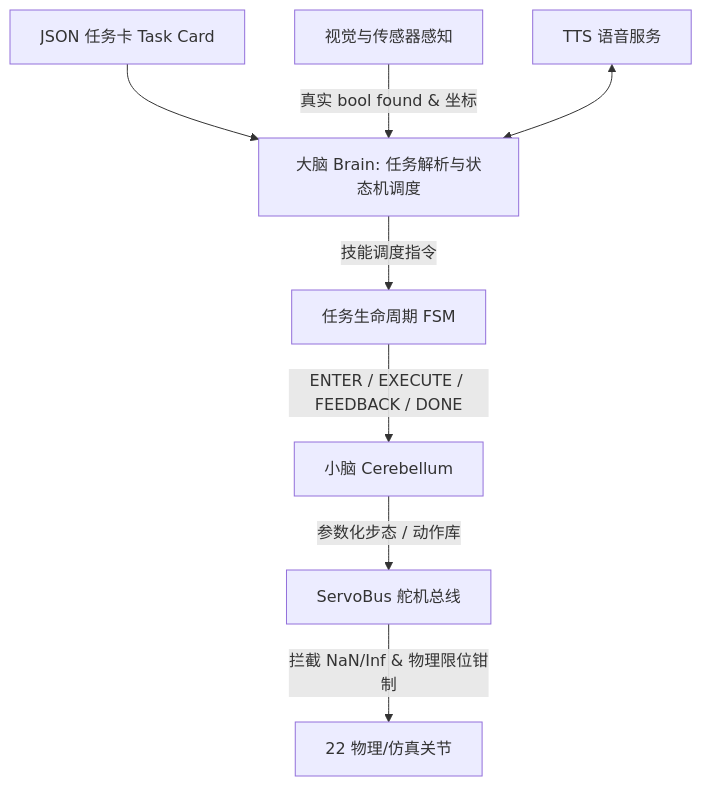
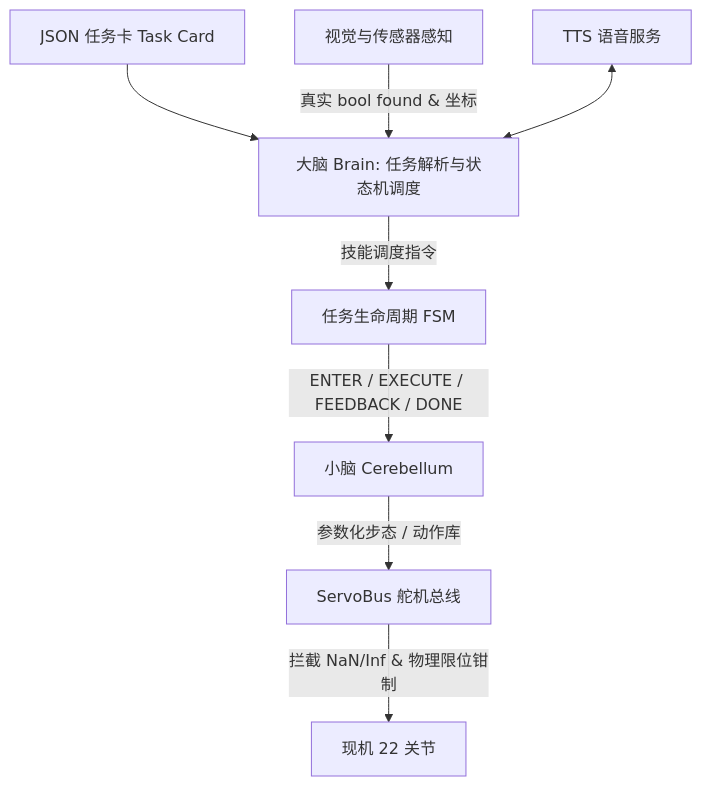
One commit to HPIline/ATRI changed the diagram in README.md. Above: the diagram before and after it, drawn with Mermaid. The commit also changed other lines of this file, not shown here.

````diff
--- a/README.md
+++ b/README.md
@@ -138,10 +210,10 @@
 ```mermaid
 graph TD
     TC[JSON 任务卡 Task Card] --> Brain[大脑 Brain: 任务解析与状态机调度]
     Perception[视觉与传感器感知] -->|真实 bool found & 坐标| Brain
     Voice[TTS 语音服务] <--> Brain
     Brain -->|技能调度指令| FSM[任务生命周期 FSM]
     FSM -->|ENTER / EXECUTE / FEEDBACK / DONE| Cerebellum[小脑 Cerebellum]
     Cerebellum -->|参数化步态 / 动作库| Bus[ServoBus 舵机总线]
-    Bus -->|拦截 NaN/Inf & 物理限位钳制| Actuators[22 物理/仿真关节]
+    Bus -->|拦截 NaN/Inf & 物理限位钳制| Actuators[现机 22 关节]
 ```
````
